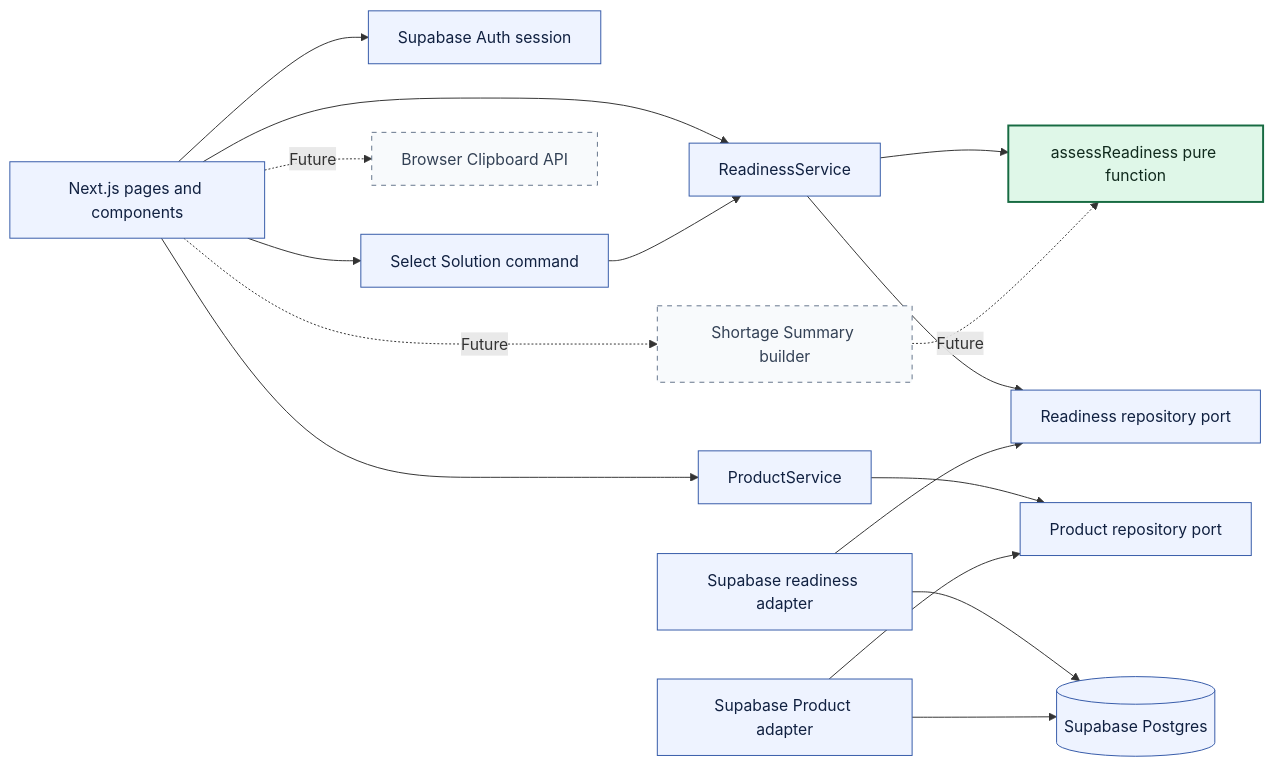
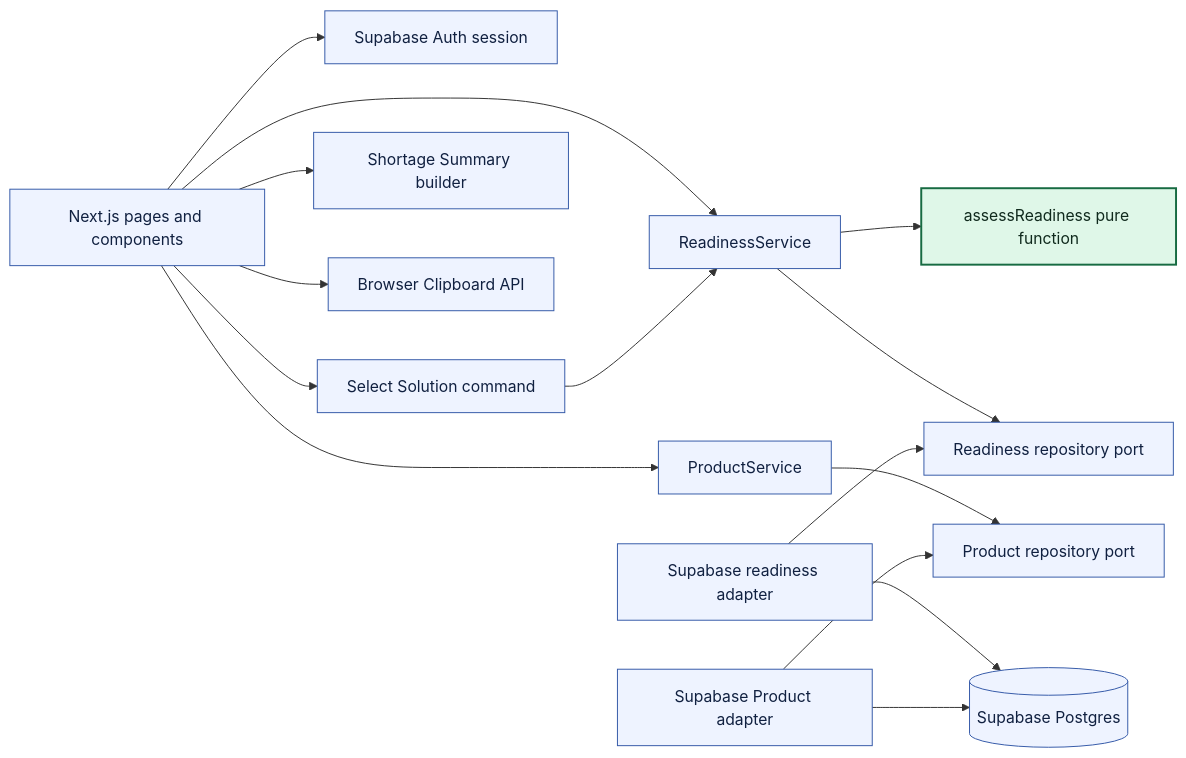
Before and after one commit to jiqiang90/qantum-stock: the first of 7 diagrams in docs/architecture/overview.md, drawn with Mermaid. The commit also changed other lines of this file and 7 other files, not shown here.

Commit message:
docs: record shortage summary delivery

````diff
--- a/docs/architecture/overview.md
+++ b/docs/architecture/overview.md
@@ -16,25 +19,22 @@
 ```mermaid
 flowchart LR
     UI[Next.js pages and components] --> RService[ReadinessService]
     RService --> Rules[assessReadiness pure function]
     RService --> RPort[Readiness repository port]
     RAdapter[Supabase readiness adapter] --> RPort
     RAdapter --> DB[(Supabase Postgres)]
     UI --> Auth[Supabase Auth session]
     UI --> Select[Select Solution command]
     Select --> RService
     UI --> PService[ProductService]
     PService --> PPort[Product repository port]
     PAdapter[Supabase Product adapter] --> PPort
     PAdapter --> DB
-    UI -. Future .-> Summary[Shortage Summary builder]
-    Summary -. Future .-> Rules
-    UI -. Future .-> Clipboard[Browser Clipboard API]
+    UI --> Summary[Shortage Summary builder]
+    UI --> Clipboard[Browser Clipboard API]
 
     classDef core fill:#dff7e8,stroke:#176b42,stroke-width:2px,color:#102a1d;
     classDef boundary fill:#eef3ff,stroke:#355aa8,color:#102040;
-    classDef future fill:#f8fafc,stroke:#64748b,stroke-dasharray:5 5,color:#334155;
     class Rules core;
-    class UI,RService,RPort,RAdapter,PService,PPort,PAdapter,DB,Auth,Select boundary;
-    class Summary,Clipboard future;
+    class UI,RService,RPort,RAdapter,PService,PPort,PAdapter,DB,Auth,Select,Summary,Clipboard boundary;
 ```
````
